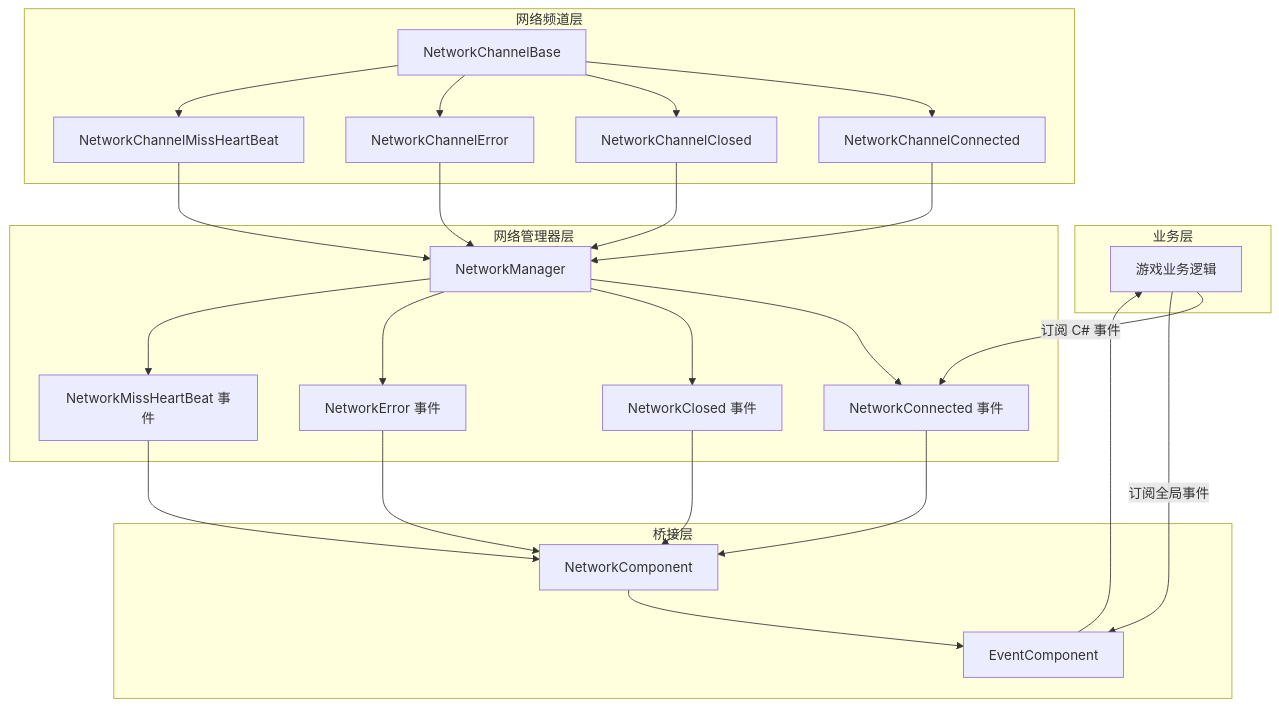
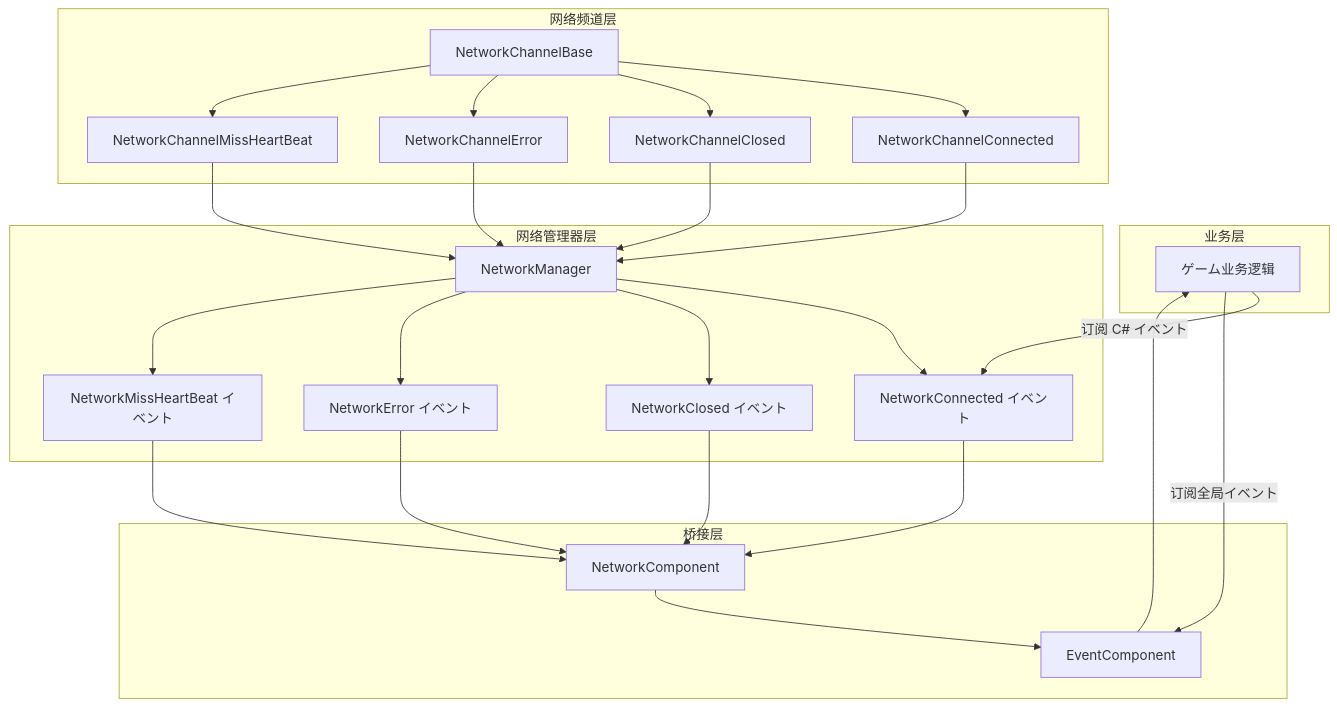
One commit to AlianBlank/GameFrameX.Docs changed the first of 2 diagrams in docs/ja/client/unity/component/network/08.events.md. Above: the diagram before and after it, drawn with Mermaid. The commit also changed other lines of this file and 603 other files, not shown here.

````diff
--- a/docs/ja/client/unity/component/network/08.events.md
+++ b/docs/ja/client/unity/component/network/08.events.md
@@ -19,53 +19,53 @@
 ```mermaid
 flowchart TD
     subgraph External["业务层"]
-        GameLogic["游戏业务逻辑"]
+        GameLogic["ゲーム业务逻辑"]
     end
 
     subgraph NetworkChannel["网络频道层"]
         NCB[NetworkChannelBase]
         NCB_Connected["NetworkChannelConnected"]
         NCB_Closed["NetworkChannelClosed"]
         NCB_Error["NetworkChannelError"]
         NCB_MissHB["NetworkChannelMissHeartBeat"]
     end
 
     subgraph NetworkManagerLayer["网络管理器层"]
         NM[NetworkManager]
-        NM_Connected["NetworkConnected 事件"]
-        NM_Closed["NetworkClosed 事件"]
-        NM_Error["NetworkError 事件"]
-        NM_MissHB["NetworkMissHeartBeat 事件"]
+        NM_Connected["NetworkConnected イベント"]
+        NM_Closed["NetworkClosed イベント"]
+        NM_Error["NetworkError イベント"]
+        NM_MissHB["NetworkMissHeartBeat イベント"]
     end
 
     subgraph BridgeLayer["桥接层"]
         NC[NetworkComponent]
         EC[EventComponent]
     end
 
     NCB --> NCB_Connected
     NCB --> NCB_Closed
     NCB --> NCB_Error
     NCB --> NCB_MissHB
 
     NCB_Connected --> NM
     NCB_Closed --> NM
     NCB_Error --> NM
     NCB_MissHB --> NM
 
     NM --> NM_Connected
     NM --> NM_Closed
     NM --> NM_Error
     NM --> NM_MissHB
 
     NM_Connected --> NC
     NM_Closed --> NC
     NM_Error --> NC
     NM_MissHB --> NC
 
     NC --> EC
     EC --> GameLogic
 
-    GameLogic -->|"订阅 C# 事件"| NM_Connected
-    GameLogic -->|"订阅全局事件"| EC
+    GameLogic -->|"订阅 C# イベント"| NM_Connected
+    GameLogic -->|"订阅全局イベント"| EC
 ```
````
